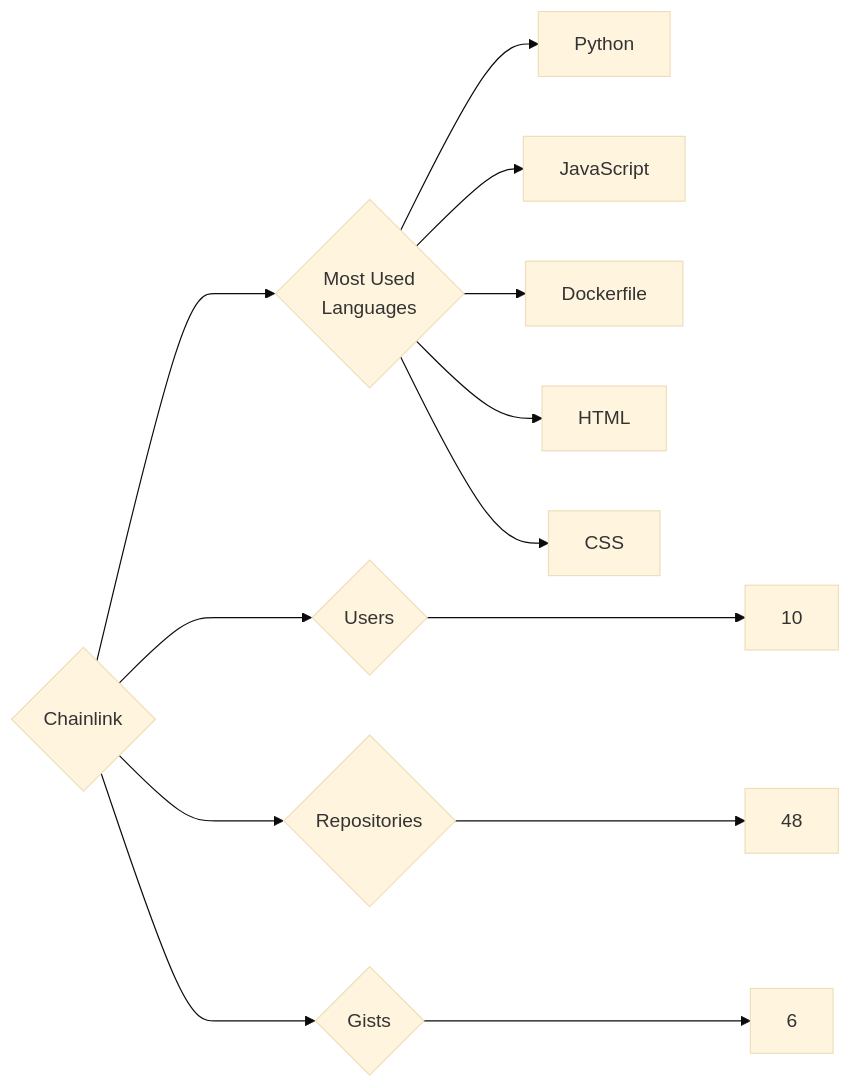
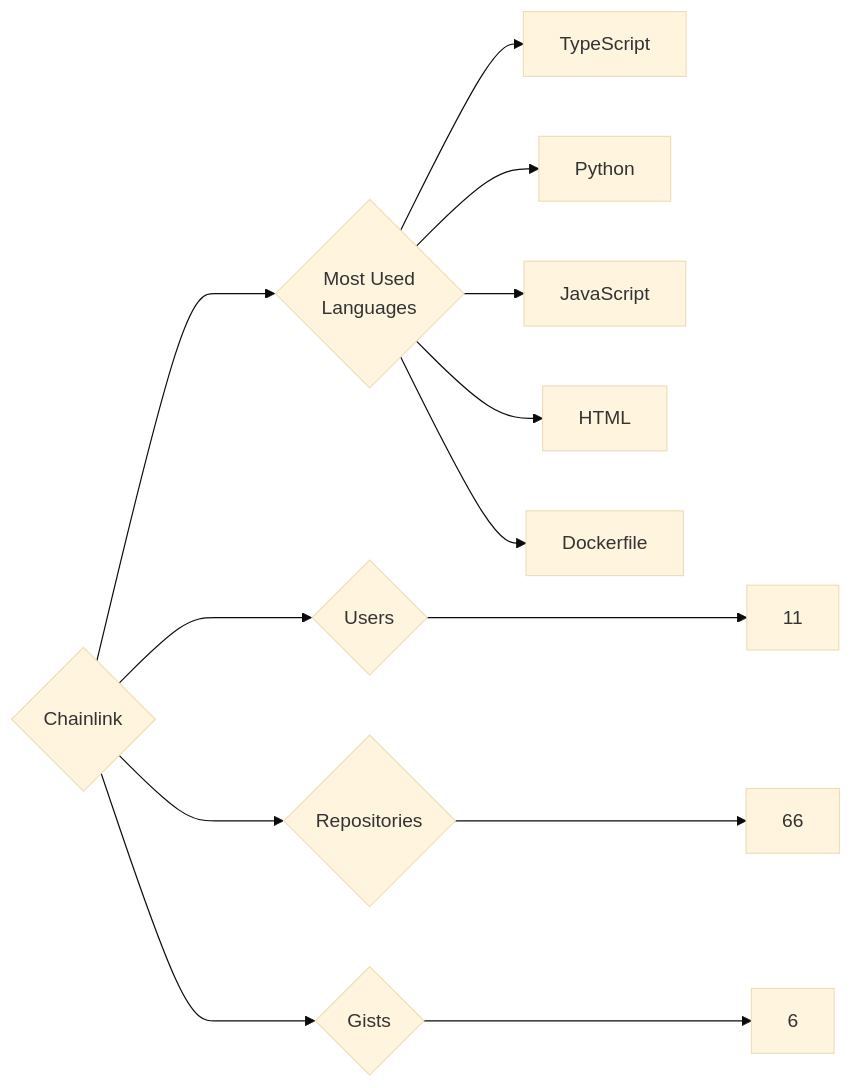
The diagram in targets/Chainlink/README.md (trickest/insiders), drawn with Mermaid (base theme) before and after one commit. The commit also changed 1030 other files, not shown here.

````diff
--- a/targets/Chainlink/README.md
+++ b/targets/Chainlink/README.md
@@ -3,13 +3,13 @@
 ```mermaid
 graph LR
 COMPANY_NAME{Chainlink}
-COMPANY_NAME ---> U{Users} ---> UN[10]
-COMPANY_NAME ---> R{Repositories} ---> RN[48]
+COMPANY_NAME ---> U{Users} ---> UN[11]
+COMPANY_NAME ---> R{Repositories} ---> RN[66]
 COMPANY_NAME ---> G{Gists} ---> GN[6]
 COMPANY_NAME ---> ML{Most Used<br>Languages}
+ML --> TypeScript[TypeScript]
 ML --> Python[Python]
 ML --> JavaScript[JavaScript]
+ML --> HTML[HTML]
 ML --> Dockerfile[Dockerfile]
-ML --> HTML[HTML]
-ML --> CSS[CSS]
 ```
````
